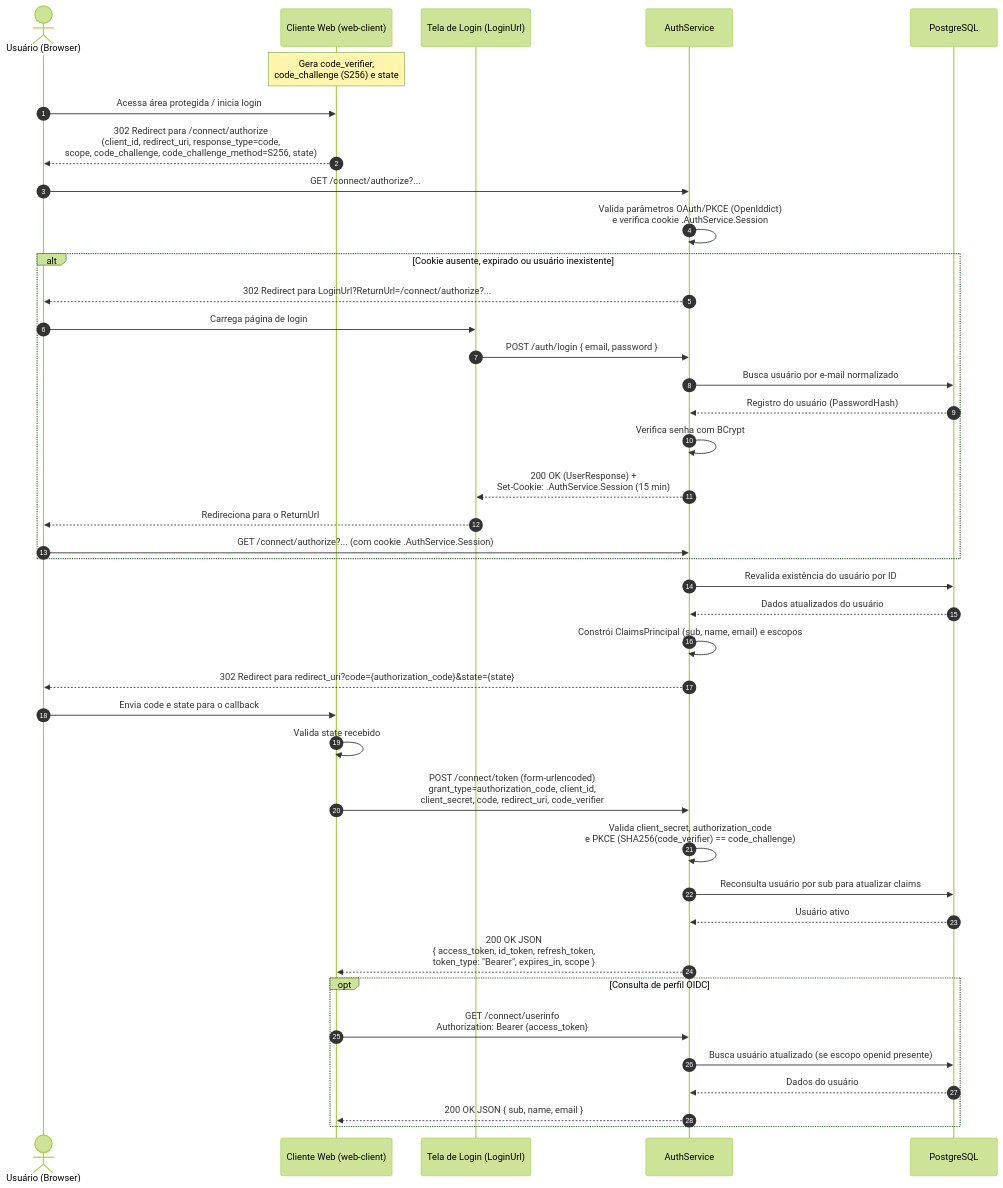
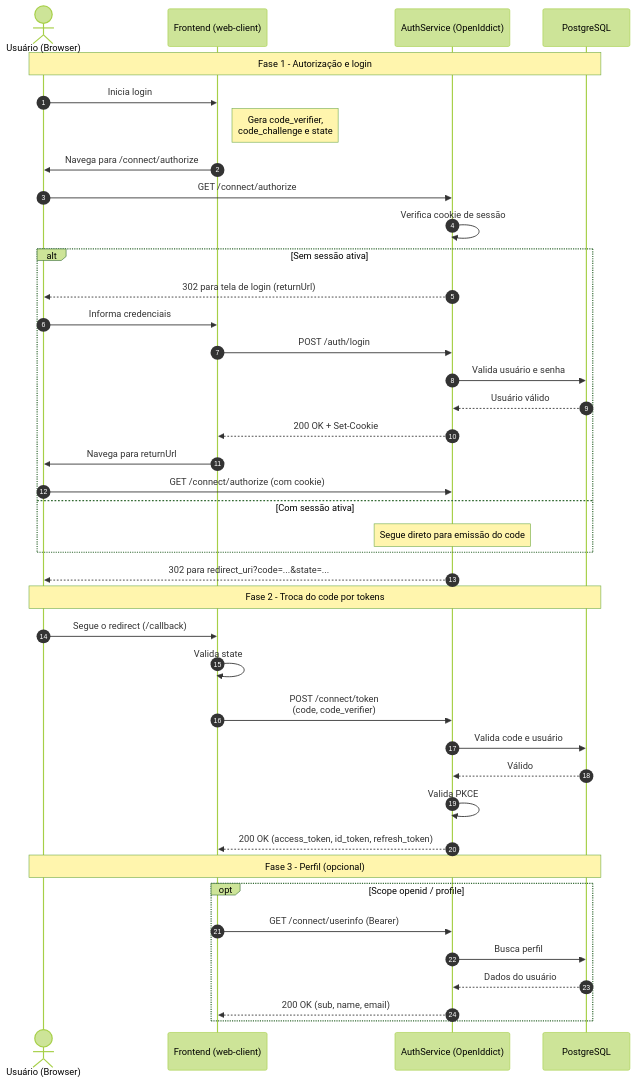
Before and after one commit to victorhtomaz/projeto-sistemas-distribuidos: the diagram in docs/auth-service.md, drawn with Mermaid (forest theme). The commit also changed other lines of this file, not shown here.

Commit message:
docs: atualiza visualização do auth-service.md

````diff
--- a/docs/auth-service.md
+++ b/docs/auth-service.md
@@ -35,50 +35,50 @@
 ```mermaid
 sequenceDiagram
     autonumber
     actor U as Usuário (Browser)
-    participant C as Cliente Web (web-client)
-    participant F as Tela de Login (LoginUrl)
-    participant A as AuthService
+    participant FE as Frontend (web-client)
+    participant AS as AuthService (OpenIddict)
     participant DB as PostgreSQL
 
-    Note over C: Gera code_verifier,<br/>code_challenge (S256) e state
+    Note over U,DB: Fase 1 - Autorização e login
 
-    U->>C: Acessa área protegida / inicia login
-    C-->>U: 302 Redirect para /connect/authorize<br/>(client_id, redirect_uri, response_type=code,<br/>scope, code_challenge, code_challenge_method=S256, state)
+    U->>FE: Inicia login
+    Note right of FE: Gera code_verifier,<br/>code_challenge e state
+    FE->>U: Navega para /connect/authorize
+    U->>AS: GET /connect/authorize
+    AS->>AS: Verifica cookie de sessão
 
-    U->>A: GET /connect/authorize?...
-    A->>A: Valida parâmetros OAuth/PKCE (OpenIddict)<br/>e verifica cookie .AuthService.Session
-
-    alt Cookie ausente, expirado ou usuário inexistente
-        A-->>U: 302 Redirect para LoginUrl?ReturnUrl=/connect/authorize?...
-        U->>F: Carrega página de login
-        F->>A: POST /auth/login { email, password }
-        A->>DB: Busca usuário por e-mail normalizado
-        DB-->>A: Registro do usuário (PasswordHash)
-        A->>A: Verifica senha com BCrypt
-        A-->>F: 200 OK (UserResponse) +<br/>Set-Cookie: .AuthService.Session (15 min)
-        F-->>U: Redireciona para o ReturnUrl
-        U->>A: GET /connect/authorize?... (com cookie .AuthService.Session)
+    alt Sem sessão ativa
+        AS-->>U: 302 para tela de login (returnUrl)
+        U->>FE: Informa credenciais
+        FE->>AS: POST /auth/login
+        AS->>DB: Valida usuário e senha
+        DB-->>AS: Usuário válido
+        AS-->>FE: 200 OK + Set-Cookie
+        FE->>U: Navega para returnUrl
+        U->>AS: GET /connect/authorize (com cookie)
+    else Com sessão ativa
+        Note over AS: Segue direto para emissão do code
     end
 
-    A->>DB: Revalida existência do usuário por ID
-    DB-->>A: Dados atualizados do usuário
-    A->>A: Constrói ClaimsPrincipal (sub, name, email) e escopos
-    A-->>U: 302 Redirect para redirect_uri?code={authorization_code}&state={state}
+    AS-->>U: 302 para redirect_uri?code=...&state=...
 
-    U->>C: Envia code e state para o callback
-    C->>C: Valida state recebido
+    Note over U,DB: Fase 2 - Troca do code por tokens
 
-    C->>A: POST /connect/token (form-urlencoded)<br/>grant_type=authorization_code, client_id,<br/>client_secret, code, redirect_uri, code_verifier
-    A->>A: Valida client_secret, authorization_code<br/>e PKCE (SHA256(code_verifier) == code_challenge)
-    A->>DB: Reconsulta usuário por sub para atualizar claims
-    DB-->>A: Usuário ativo
-    A-->>C: 200 OK JSON<br/>{ access_token, id_token, refresh_token,<br/>token_type: "Bearer", expires_in, scope }
+    U->>FE: Segue o redirect (/callback)
+    FE->>FE: Valida state
+    FE->>AS: POST /connect/token<br/>(code, code_verifier)
+    AS->>DB: Valida code e usuário
+    DB-->>AS: Válido
+    AS->>AS: Valida PKCE
+    AS-->>FE: 200 OK (access_token, id_token, refresh_token)
 
-    opt Consulta de perfil OIDC
-        C->>A: GET /connect/userinfo<br/>Authorization: Bearer {access_token}
-        A->>DB: Busca usuário atualizado (se escopo openid presente)
-        DB-->>A: Dados do usuário
-        A-->>C: 200 OK JSON { sub, name, email }
+    Note over U,DB: Fase 3 - Perfil (opcional)
+
+    opt Scope openid / profile
+        FE->>AS: GET /connect/userinfo (Bearer)
+        AS->>DB: Busca perfil
+        DB-->>AS: Dados do usuário
+        AS-->>FE: 200 OK (sub, name, email)
     end
 ```
````
